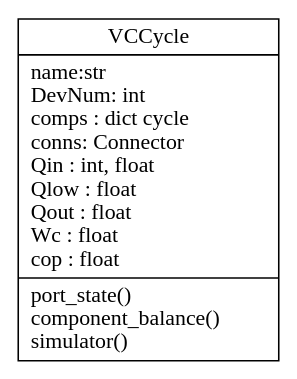
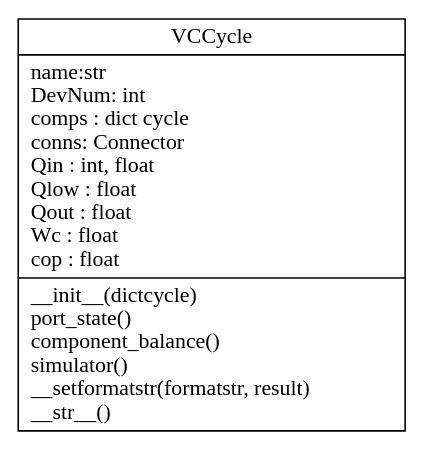
One commit to thermalogic/SimVCCE changed the diagram in uml/vcc/classes.dot. Above: the diagram before and after it, drawn with Graphviz. The commit also changed 3 other files, not shown here.

Commit message:
update uml

```diff
--- a/uml/vcc/classes.dot
+++ b/uml/vcc/classes.dot
@@ -1,5 +1,5 @@
 digraph "classes" {
 rankdir=BT
 charset="utf-8"
-"vcc.vccobj.VCCycle" [color="black", fontcolor="black", label="{VCCycle|name:str\lDevNum: int\lcomps : dict cycle\lconns: Connector\lQin : int, float\lQlow : float\lQout : float\lWc : float\lcop : float\l|port_state()\lcomponent_balance()\lsimulator()\l}", shape="record", style="solid"];
+"vcc.vccobj.VCCycle" [color="black", fontcolor="black", label="{VCCycle|name:str\lDevNum: int\lcomps : dict cycle\lconns: Connector\lQin : int, float\lQlow : float\lQout : float\lWc : float\lcop : float\l|__init__(dictcycle)\lport_state()\lcomponent_balance()\lsimulator()\l__setformatstr(formatstr, result)\l__str__()\l}", shape="record", style="solid"];
 }
```
